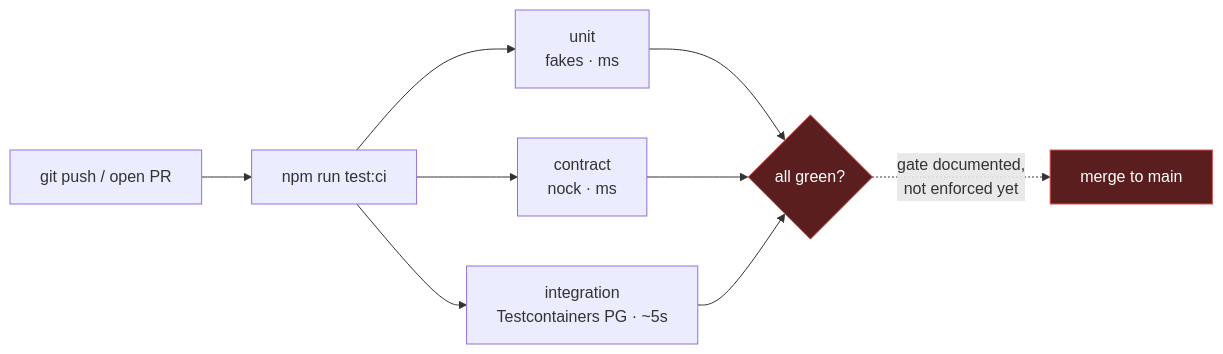
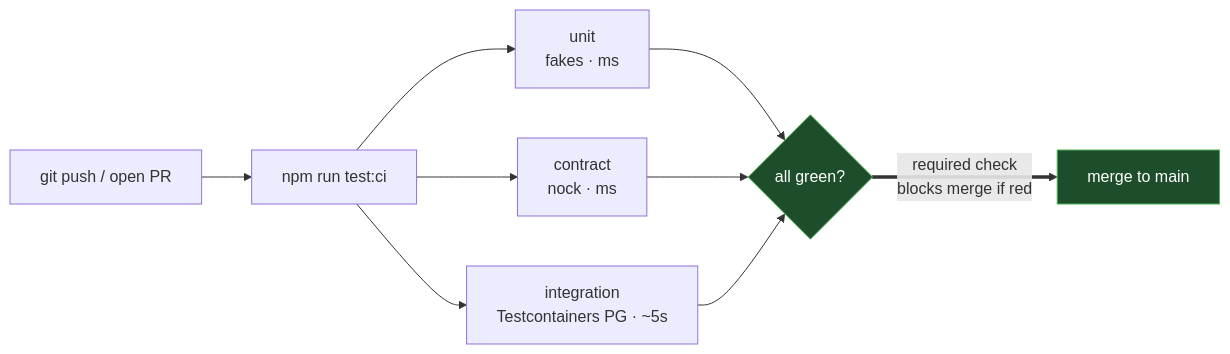
One commit to berTrindade/greenfield-testing-example changed the second of 2 diagrams in README.md. Above: the diagram before and after it, drawn with Mermaid. The commit also changed other lines of this file, not shown here.

Commit message:
ci: enforce the CI gate, document the ruleset and update the diagram (#1)

````diff
--- a/README.md
+++ b/README.md
@@ -84,14 +84,14 @@
 ```mermaid
 flowchart LR
     D["git push / open PR"] --> C["npm run test:ci"]
     C --> U["unit<br/>fakes · ms"]
     C --> K["contract<br/>nock · ms"]
     C --> I["integration<br/>Testcontainers PG · ~5s"]
     U --> G{"all green?"}
     K --> G
     I --> G
-    G -.->|"gate documented,<br/>not enforced yet"| M["merge to main"]
+    G ==>|"required check<br/>blocks merge if red"| M["merge to main"]
 
-    classDef gap fill:#5a1e1e,stroke:#e05252,color:#fff;
-    class G,M gap
+    classDef gate fill:#1e4d2b,stroke:#4caf50,color:#fff;
+    class G,M gate
 ```
````
